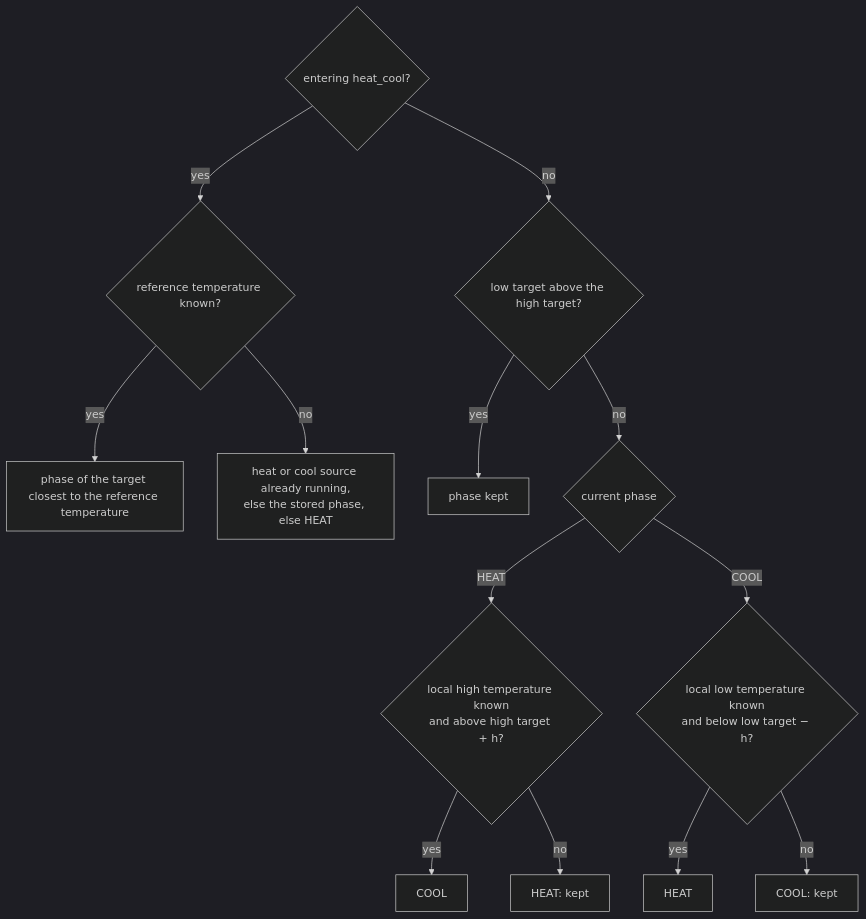
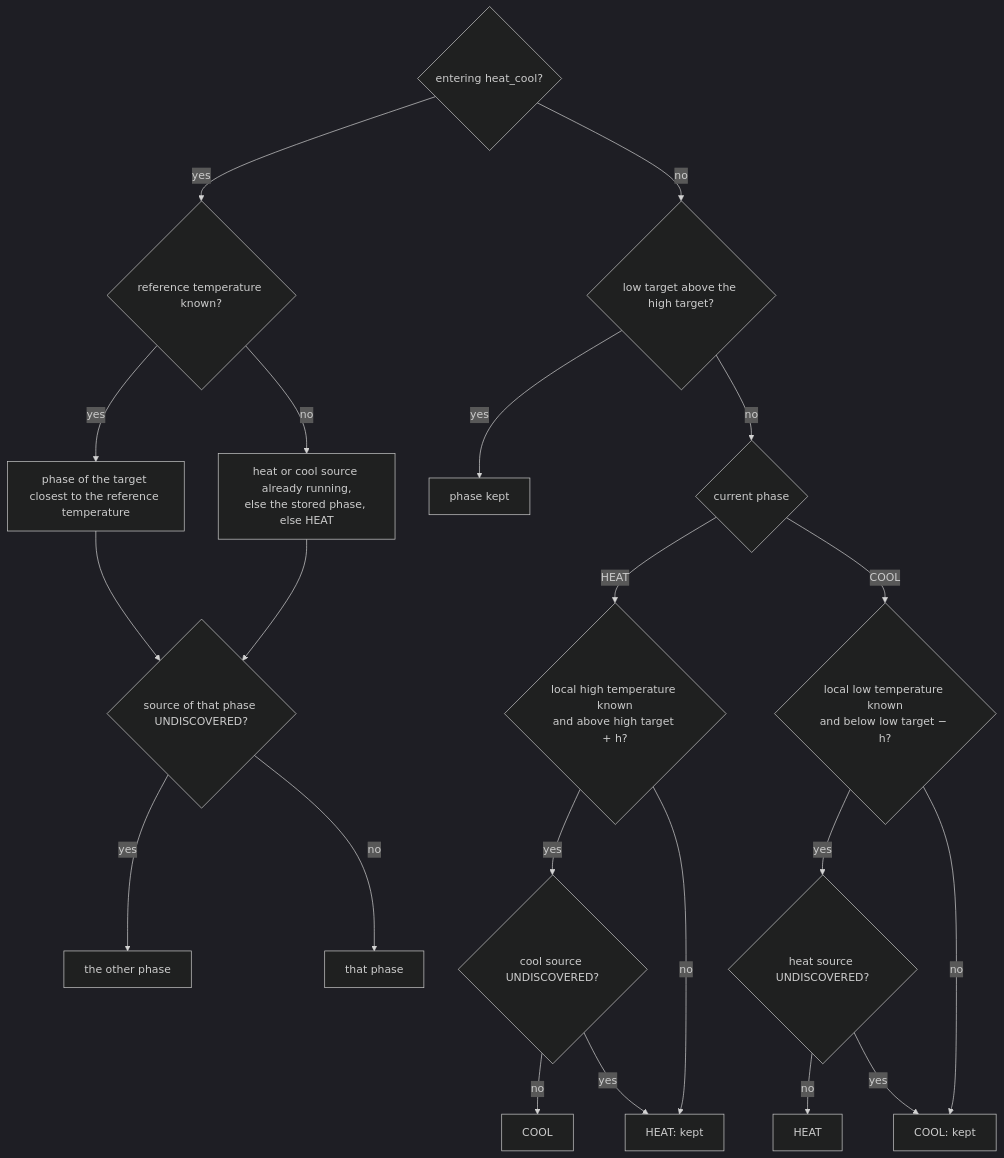
The ninth of 12 diagrams in SPEC.md (marsoupilami25/adaptative-climate), drawn with Mermaid (dark theme) before and after one commit. The commit also changed other lines of this file, not shown here.

````diff
--- a/SPEC.md
+++ b/SPEC.md
@@ -1116,16 +1274,24 @@
 ```mermaid
 flowchart TD
     D{entering heat_cool?}
     D -- yes --> F{reference temperature known?}
     F -- yes --> G[phase of the target closest to the reference temperature]
     F -- no --> I[heat or cool source already running,<br/>else the stored phase, else HEAT]
+    G --> U{source of that phase UNDISCOVERED?}
+    I --> U
+    U -- yes --> O[the other phase]
+    U -- no --> KEEP0[that phase]
     D -- no --> L{low target above the high target?}
     L -- yes --> KEEP[phase kept]
     L -- no --> P{current phase}
     P -- HEAT --> B{"local high temperature known<br/>and above high target + h?"}
-    B -- yes --> K[COOL]
+    B -- yes --> SC{cool source UNDISCOVERED?}
+    SC -- no --> K[COOL]
+    SC -- yes --> H
     B -- no --> H[HEAT: kept]
     P -- COOL --> C{"local low temperature known<br/>and below low target − h?"}
-    C -- yes --> H2[HEAT]
+    C -- yes --> SH{heat source UNDISCOVERED?}
+    SH -- no --> H2[HEAT]
+    SH -- yes --> K2
     C -- no --> K2[COOL: kept]
 ```
````
